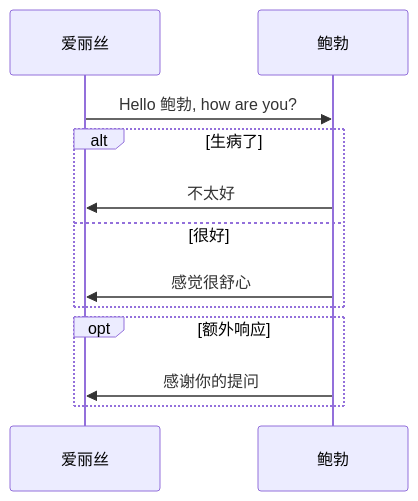
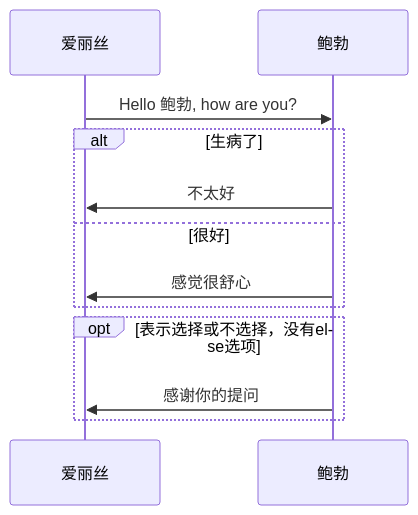
Before and after one commit to minrrww/vs_code_cpp: diagram 27 of 35 in 了不起的Markdown/9.mermaid深入学习.md, drawn with Mermaid. The commit also changed other lines of this file and 2 other files, not shown here.

````diff
--- a/了不起的Markdown/9.mermaid深入学习.md
+++ b/了不起的Markdown/9.mermaid深入学习.md
@@ -311,12 +333,12 @@
 ```mermaid
 sequenceDiagram
     爱丽丝->>鲍勃: Hello 鲍勃, how are you?
     alt 生病了
         鲍勃->>爱丽丝: 不太好
     else 很好
         鲍勃->>爱丽丝: 感觉很舒心
     end
-    opt 额外响应
+    opt 表示选择或不选择，没有else选项
         鲍勃->>爱丽丝: 感谢你的提问
     end
 ```
````
